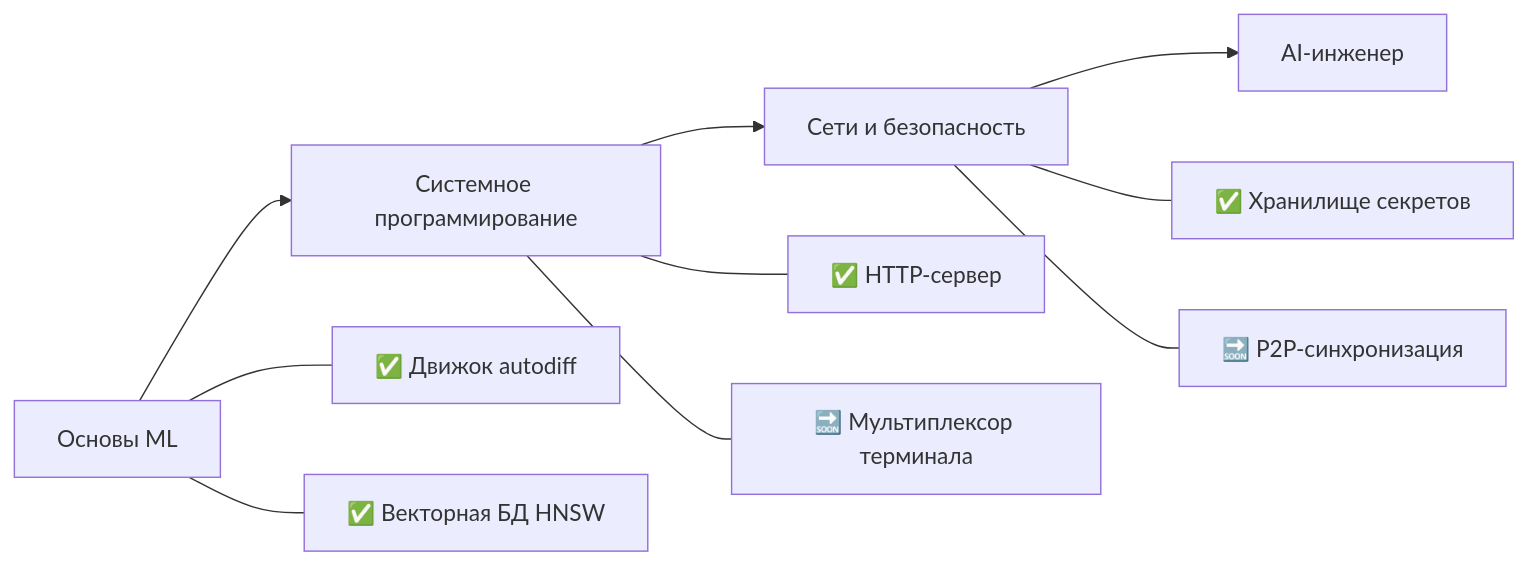
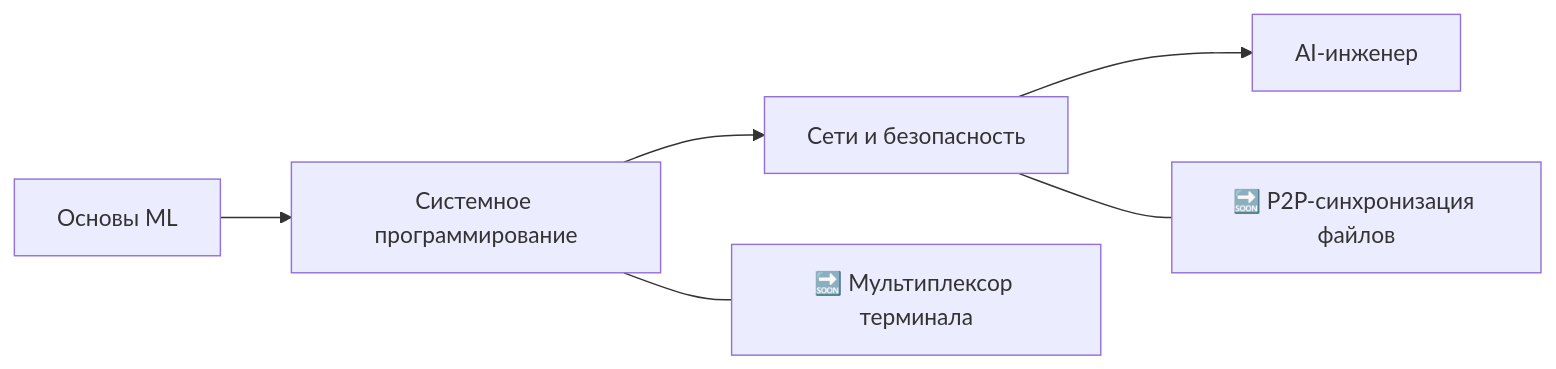
Before and after one commit to zuroking/zuroking: the diagram in README_ru.md, drawn with Mermaid. The commit also changed other lines of this file, not shown here.

````diff
--- a/README_ru.md
+++ b/README_ru.md
@@ -90,13 +99,9 @@
 ```mermaid
 flowchart LR
     A[Основы ML] --> B[Системное программирование]
     B --> C[Сети и безопасность]
     C --> D[AI-инженер]
 
-    A --- A1[✅ Движок autodiff]
-    A --- A2[✅ Векторная БД HNSW]
-    B --- B1[✅ HTTP-сервер]
-    B --- B2[🔜 Мультиплексор терминала]
-    C --- C1[✅ Хранилище секретов]
-    C --- C2[🔜 P2P-синхронизация]
+    B --- B1[🔜 Мультиплексор терминала]
+    C --- C2[🔜 P2P-синхронизация файлов]
 ```
````
